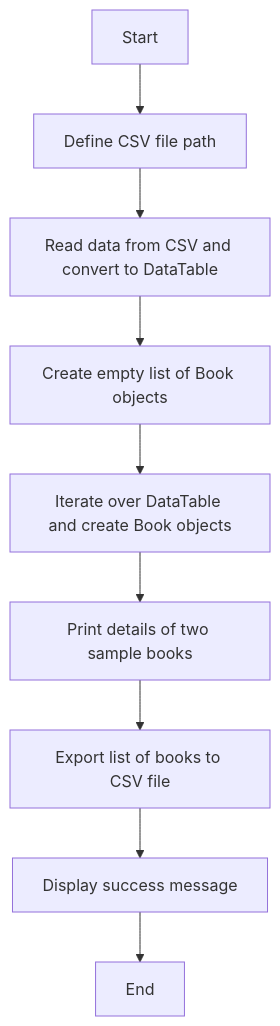
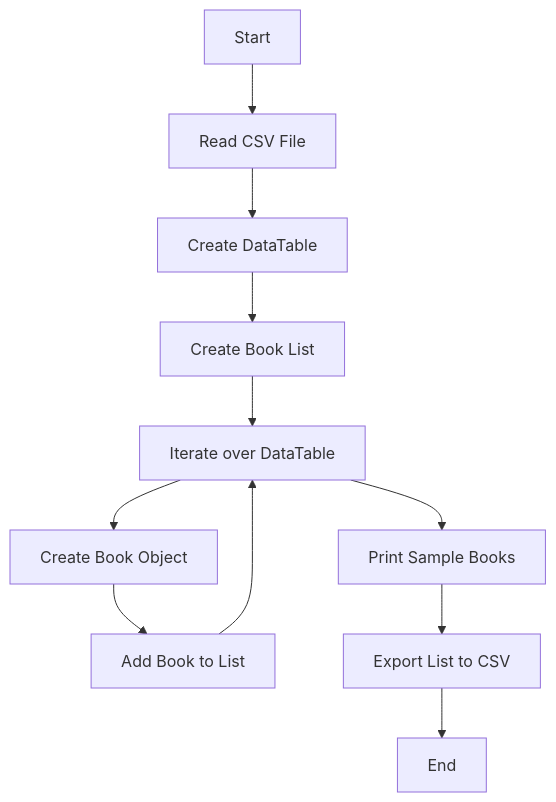
One commit to CompIsle/Unit-16-A2 changed the diagram in doc/Problem 2 Doc.md. Above: the diagram before and after it, drawn with Mermaid. The commit also changed other lines of this file and 8 other files, not shown here.

Commit message:
flowhcart chanegs

````diff
--- a/doc/Problem 2 Doc.md
+++ b/doc/Problem 2 Doc.md
@@ -38,11 +38,13 @@
 ```mermaid
 graph TD
-A[Start] --> B[Define CSV file path]
-B --> C[Read data from CSV and convert to DataTable]
-C --> D[Create empty list of Book objects]
-D --> E[Iterate over DataTable and create Book objects]
-E --> F[Print details of two sample books]
-F --> G[Export list of books to CSV file]
-G --> H[Display success message]
-H --> I[End]
+A[Start] --> B[Read CSV File]
+B --> C[Create DataTable]
+C --> D[Create Book List]
+D --> E[Iterate over DataTable]
+E --> F[Create Book Object]
+F --> G[Add Book to List]
+G --> E
+E --> H[Print Sample Books]
+H --> I[Export List to CSV]
+I --> J[End]
 ```
````
